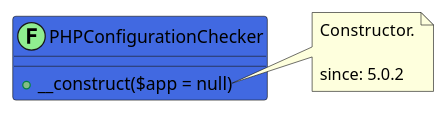
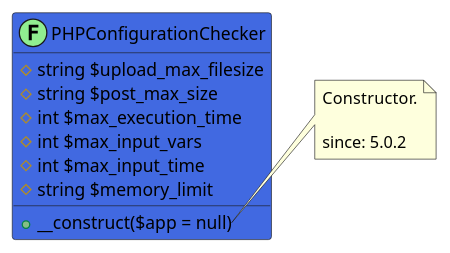
Before and after one commit to joomengine/super-powers: the diagram in src/4b2d6f28-346e-46ec-bf24-d470319cca2d/README.md, drawn with PlantUML. The commit also changed other lines of this file, not shown here.

Commit message:
Update VDM.Component.PHPConfigurationChecker readme file

````diff
--- a/src/4b2d6f28-346e-46ec-bf24-d470319cca2d/README.md
+++ b/src/4b2d6f28-346e-46ec-bf24-d470319cca2d/README.md
@@ -6,15 +6,21 @@
 ```uml
 @startuml
 
 class PHPConfigurationChecker << (F,LightGreen) >> #RoyalBlue {
+  # string $upload_max_filesize
+  # string $post_max_size
+  # int $max_execution_time
+  # int $max_input_vars
+  # int $max_input_time
+  # string $memory_limit
   + __construct($app = null)
 }
 
 note right of PHPConfigurationChecker::__construct
   Constructor.
 
   since: 5.0.2
 end note
 
 @enduml
 ```
````
